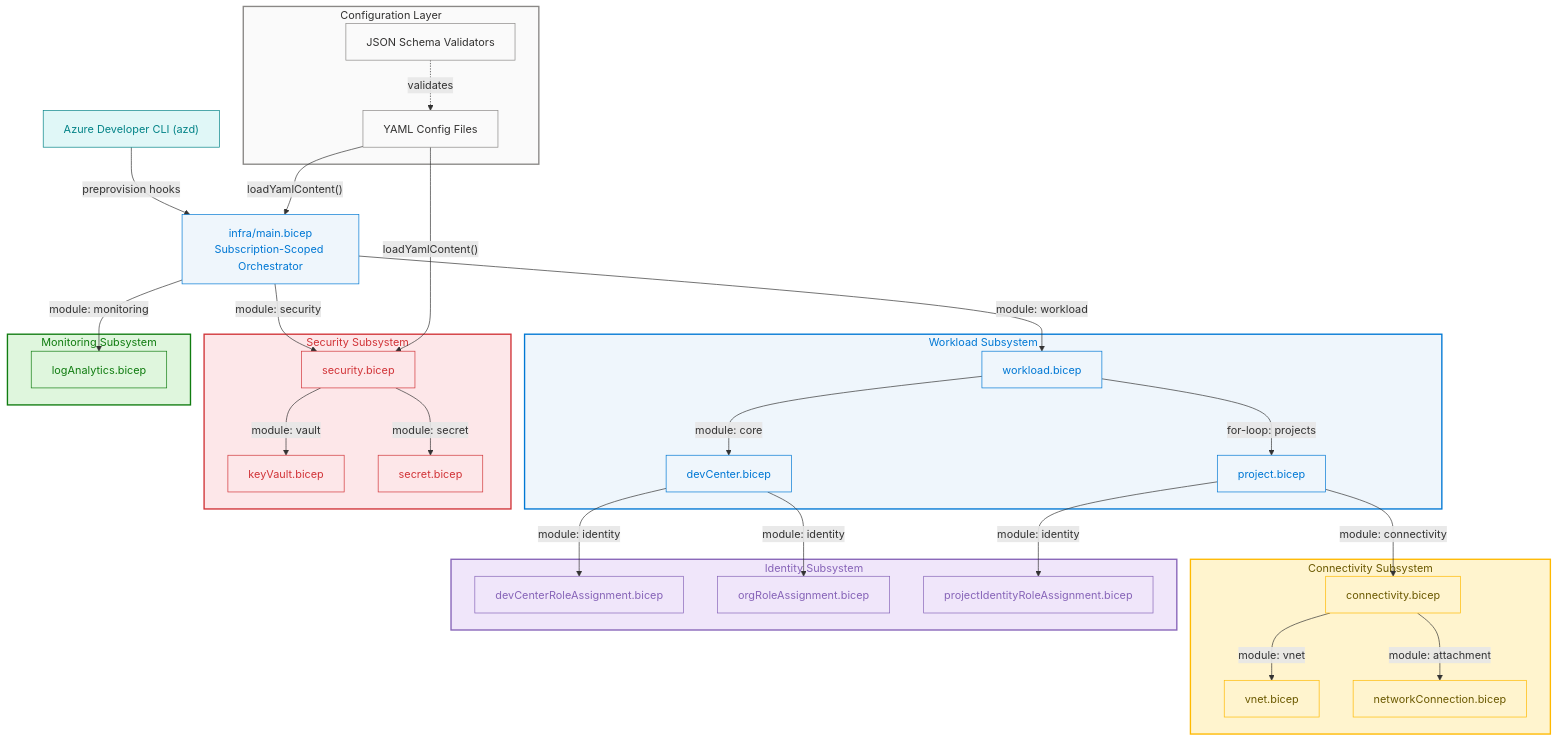
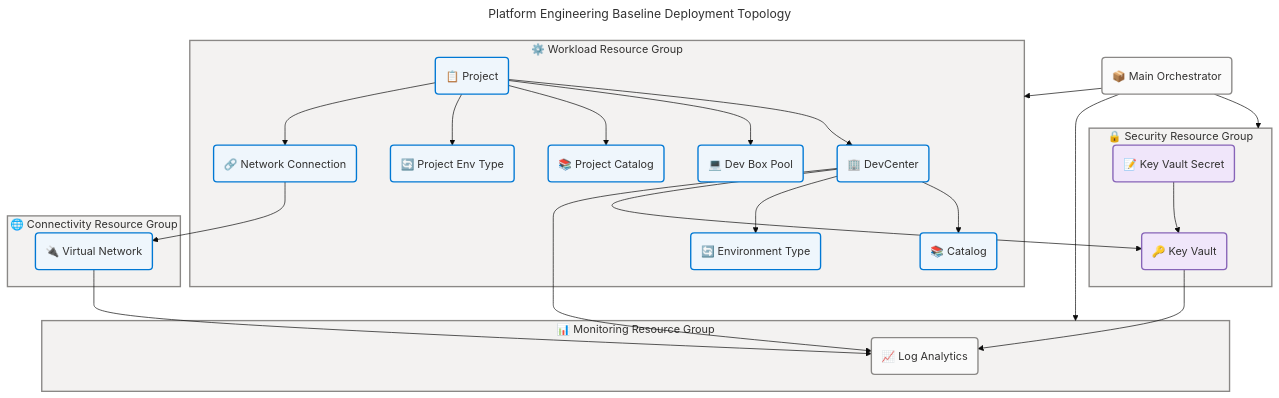
The second of 4 diagrams in docs/architecture/application-architecture.md (Evilazaro/DevExp-DevBox), drawn with Mermaid before and after one commit. The commit also changed other lines of this file, not shown here.

````diff
--- a/docs/architecture/application-architecture.md
+++ b/docs/architecture/application-architecture.md
@@ -60,79 +287,84 @@
 ```mermaid
 ---
+title: Platform Engineering Baseline Deployment Topology
 config:
-  theme: default
-  flowchart:
-    htmlLabels: true
+  theme: base
+  look: classic
+  layout: dagre
+  themeVariables:
+    fontSize: '16px'
 ---
 flowchart TB
-    accTitle: Application Architecture High-Level Overview
-    accDescr: Shows the orchestration flow from Azure Developer CLI through the main Bicep template to the five application subsystems - Workload, Security, Monitoring, Connectivity, and Identity.
+    accTitle: Platform Engineering Baseline Deployment Topology
+    accDescr: Shows the deployment relationships between Azure subscription, resource groups, and platform services in the current state
 
-    classDef neutral fill:#FAFAFA,stroke:#8A8886,color:#323130
-    classDef core fill:#EFF6FC,stroke:#0078D4,color:#0078D4
-    classDef success fill:#DFF6DD,stroke:#107C10,color:#107C10
-    classDef warning fill:#FFF4CE,stroke:#FFB900,color:#6B5900
-    classDef danger fill:#FDE7E9,stroke:#D13438,color:#D13438
-    classDef data fill:#F0E6FA,stroke:#8764B8,color:#8764B8
-    classDef external fill:#E0F7F7,stroke:#038387,color:#038387
+    %% ═══════════════════════════════════════════════════════════════════════════
+    %% AZURE / FLUENT ARCHITECTURE PATTERN v1.1
+    %% (Semantic + Structural + Font + Accessibility Governance)
+    %% ═══════════════════════════════════════════════════════════════════════════
+    %% PHASE 1 - FLUENT UI: All styling uses approved Fluent UI palette only
+    %% PHASE 2 - GROUPS: Every subgraph has semantic color via style directive
+    %% PHASE 3 - COMPONENTS: Every node has semantic classDef + icon prefix
+    %% PHASE 4 - ACCESSIBILITY: accTitle/accDescr present, WCAG AA contrast
+    %% PHASE 5 - STANDARD: Governance block present, classDefs centralized
+    %% ═══════════════════════════════════════════════════════════════════════════
 
-    AZD["Azure Developer CLI (azd)"]:::external
-    MAIN["infra/main.bicep<br/>Subscription-Scoped Orchestrator"]:::core
+    main("📦 Main Orchestrator") --> securityRG
+    main --> monitoringRG
+    main --> workloadRG
 
-    subgraph WORKLOAD["Workload Subsystem"]
-        style WORKLOAD fill:#EFF6FC,stroke:#0078D4,stroke-width:2px,color:#0078D4
-        WL["workload.bicep"]:::core
-        DC["devCenter.bicep"]:::core
-        PROJ["project.bicep"]:::core
+    subgraph securityRG["🔒 Security Resource Group"]
+        kv("🔑 Key Vault")
+        secret("📝 Key Vault Secret")
+        secret --> kv
     end
 
-    subgraph SECURITY["Security Subsystem"]
-        style SECURITY fill:#FDE7E9,stroke:#D13438,stroke-width:2px,color:#D13438
-        SEC["security.bicep"]:::danger
-        KV["keyVault.bicep"]:::danger
-        SECRET["secret.bicep"]:::danger
+    subgraph monitoringRG["📊 Monitoring Resource Group"]
+        la("📈 Log Analytics")
     end
 
-    subgraph MONITORING["Monitoring Subsystem"]
-        style MONITORING fill:#DFF6DD,stroke:#107C10,stroke-width:2px,color:#107C10
-        LA["logAnalytics.bicep"]:::success
+    subgraph workloadRG["⚙️ Workload Resource Group"]
+        dc("🏢 DevCenter")
+        proj("📋 Project")
+        pool("💻 Dev Box Pool")
+        cat("📚 Catalog")
+        envType("🔄 Environment Type")
+        projCat("📚 Project Catalog")
+        projEnv("🔄 Project Env Type")
+        netConn("🔗 Network Connection")
+
+        dc --> cat
+        dc --> envType
+        proj --> dc
+        proj --> pool
+        proj --> projCat
+        proj --> projEnv
+        proj --> netConn
     end
 
-    subgraph CONNECTIVITY["Connectivity Subsystem"]
-        style CONNECTIVITY fill:#FFF4CE,stroke:#FFB900,stroke-width:2px,color:#6B5900
-        CONN["connectivity.bicep"]:::warning
-        VNET["vnet.bicep"]:::warning
-        NC["networkConnection.bicep"]:::warning
+    subgraph connectivityRG["🌐 Connectivity Resource Group"]
+        vnet("🔌 Virtual Network")
     end
 
-    subgraph IDENTITY["Identity Subsystem"]
-        style IDENTITY fill:#F0E6FA,stroke:#8764B8,stroke-width:2px,color:#8764B8
-        DCRA["devCenterRoleAssignment.bicep"]:::data
-        ORA["orgRoleAssignment.bicep"]:::data
-        PIRA["projectIdentityRoleAssignment.bicep"]:::data
-    end
+    dc --> kv
+    dc --> la
+    kv --> la
+    vnet --> la
+    netConn --> vnet
 
-    subgraph CONFIG["Configuration Layer"]
-        style CONFIG fill:#FAFAFA,stroke:#8A8886,stroke-width:2px,color:#323130
-        YAML["YAML Config Files"]:::neutral
-        SCHEMA["JSON Schema Validators"]:::neutral
-    end
+    %% Centralized semantic classDefs
+    classDef neutral fill:#FAFAFA,stroke:#8A8886,stroke-width:2px,color:#323130
+    classDef core fill:#EFF6FC,stroke:#0078D4,stroke-width:2px,color:#323130
+    classDef data fill:#F0E6FA,stroke:#8764B8,stroke-width:2px,color:#323130
 
-    AZD -->|"preprovision hooks"| MAIN
-    MAIN -->|"module: monitoring"| LA
-    MAIN -->|"module: security"| SEC
-    MAIN -->|"module: workload"| WL
-    WL -->|"module: core"| DC
-    WL -->|"for-loop: projects"| PROJ
-    DC -->|"module: identity"| DCRA
-    DC -->|"module: identity"| ORA
-    PROJ -->|"module: connectivity"| CONN
-    PROJ -->|"module: identity"| PIRA
-    CONN -->|"module: vnet"| VNET
-    CONN -->|"module: attachment"| NC
-    SEC -->|"module: vault"| KV
-    SEC -->|"module: secret"| SECRET
-    YAML -->|"loadYamlContent()"| MAIN
-    YAML -->|"loadYamlContent()"| SEC
-    SCHEMA -.->|"validates"| YAML
+    class main neutral
+    class kv,secret data
+    class la neutral
+    class dc,proj,pool,cat,envType,projCat,projEnv,netConn core
+    class vnet core
+
+    style securityRG fill:#F3F2F1,stroke:#8A8886,stroke-width:2px,color:#323130
+    style monitoringRG fill:#F3F2F1,stroke:#8A8886,stroke-width:2px,color:#323130
+    style workloadRG fill:#F3F2F1,stroke:#8A8886,stroke-width:2px,color:#323130
+    style connectivityRG fill:#F3F2F1,stroke:#8A8886,stroke-width:2px,color:#323130
 ```
````
